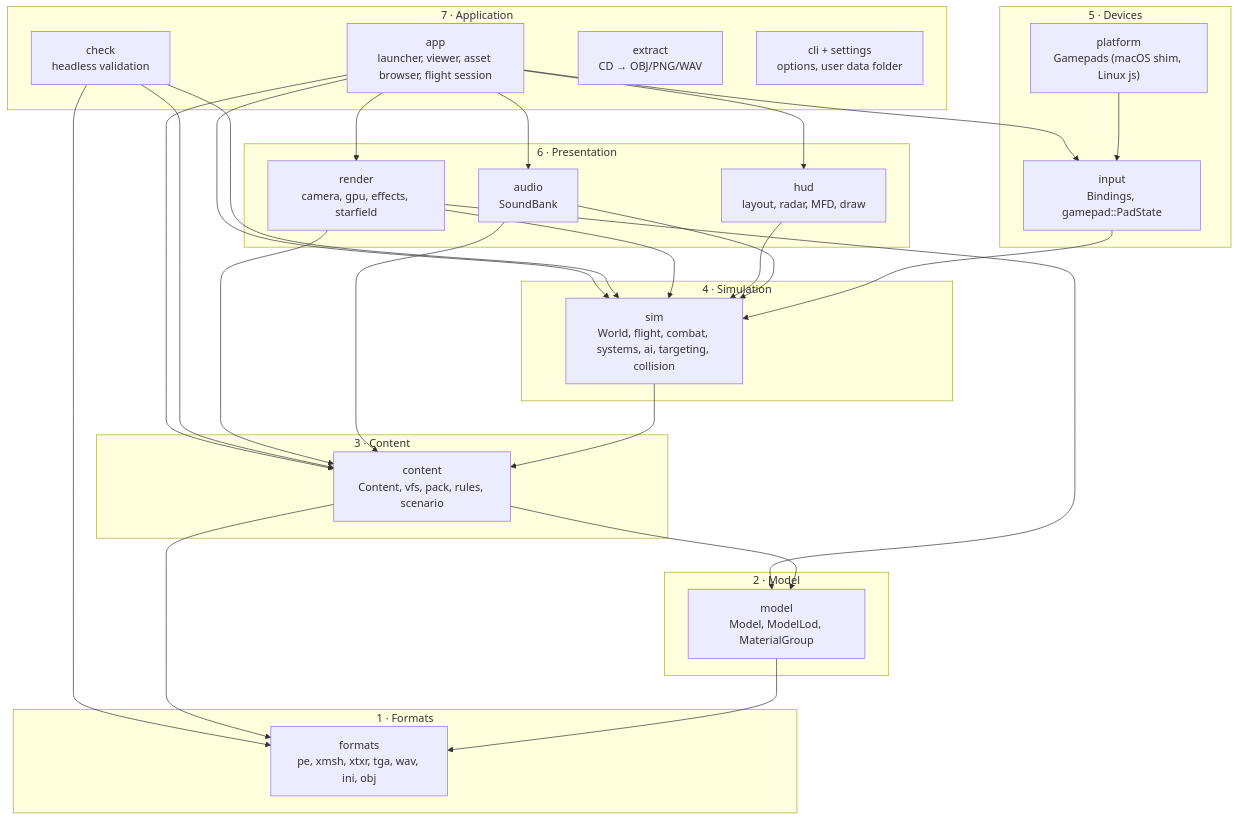
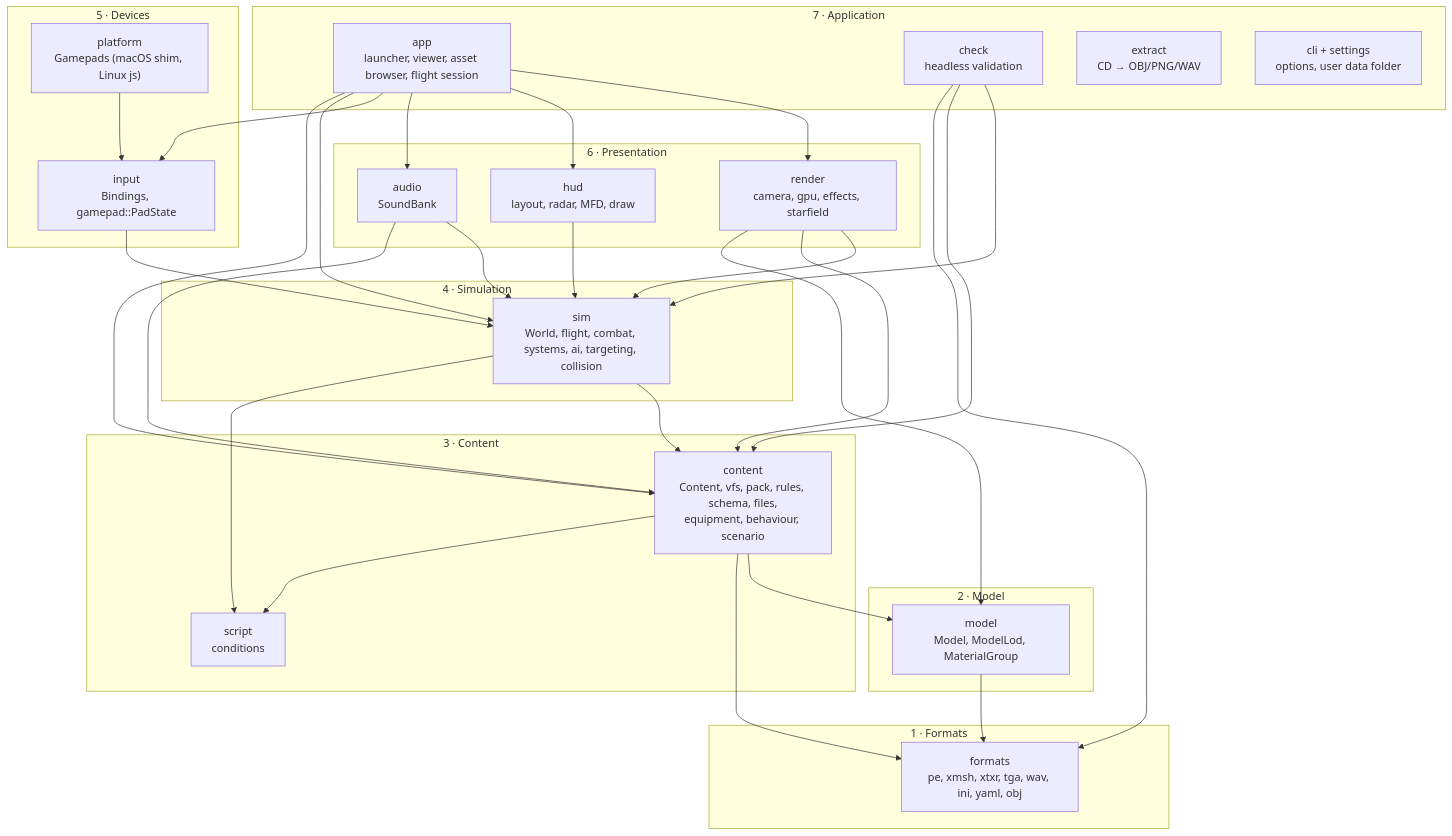
One commit to bbogovich/OpenInterceptor changed the first of 4 diagrams in docs/architecture/index.md. Above: the diagram before and after it, drawn with Mermaid. The commit also changed other lines of this file and 56 other files, not shown here.

Commit message:
Site 0.6.0: YAML mod format, behaviours and conditions, difficulty, cockpit layout

````diff
--- a/docs/architecture/index.md
+++ b/docs/architecture/index.md
@@ -20,40 +20,41 @@
 ```mermaid
 flowchart TB
     subgraph L7["7 · Application"]
         APP["app<br/>launcher, viewer, asset browser, flight session"]
         CK["check<br/>headless validation"]
         EX["extract<br/>CD → OBJ/PNG/WAV"]
         CLI["cli + settings<br/>options, user data folder"]
     end
     subgraph L6["6 · Presentation"]
         R["render<br/>camera, gpu, effects, starfield"]
         H["hud<br/>layout, radar, MFD, draw"]
         AU["audio<br/>SoundBank"]
     end
     subgraph L5["5 · Devices"]
         IN["input<br/>Bindings, gamepad::PadState"]
         PL["platform<br/>Gamepads (macOS shim, Linux js)"]
     end
     subgraph L4["4 · Simulation"]
         S["sim<br/>World, flight, combat, systems, ai, targeting, collision"]
     end
     subgraph L3["3 · Content"]
-        C["content<br/>Content, vfs, pack, rules, scenario"]
+        C["content<br/>Content, vfs, pack, rules, schema, files,<br/>equipment, behaviour, scenario"]
+        SC["script<br/>conditions"]
     end
     subgraph L2["2 · Model"]
         M["model<br/>Model, ModelLod, MaterialGroup"]
     end
     subgraph L1["1 · Formats"]
-        F["formats<br/>pe, xmsh, xtxr, tga, wav, ini, obj"]
+        F["formats<br/>pe, xmsh, xtxr, tga, wav, ini, yaml, obj"]
     end
     APP --> R & H & AU & IN & S & C
     CK --> S & C & F
     R --> S & C & M
     H --> S
     AU --> S & C
     IN --> S
     PL --> IN
-    S --> C
-    C --> M & F
+    S --> C & SC
+    C --> M & F & SC
     M --> F
 ```
````
